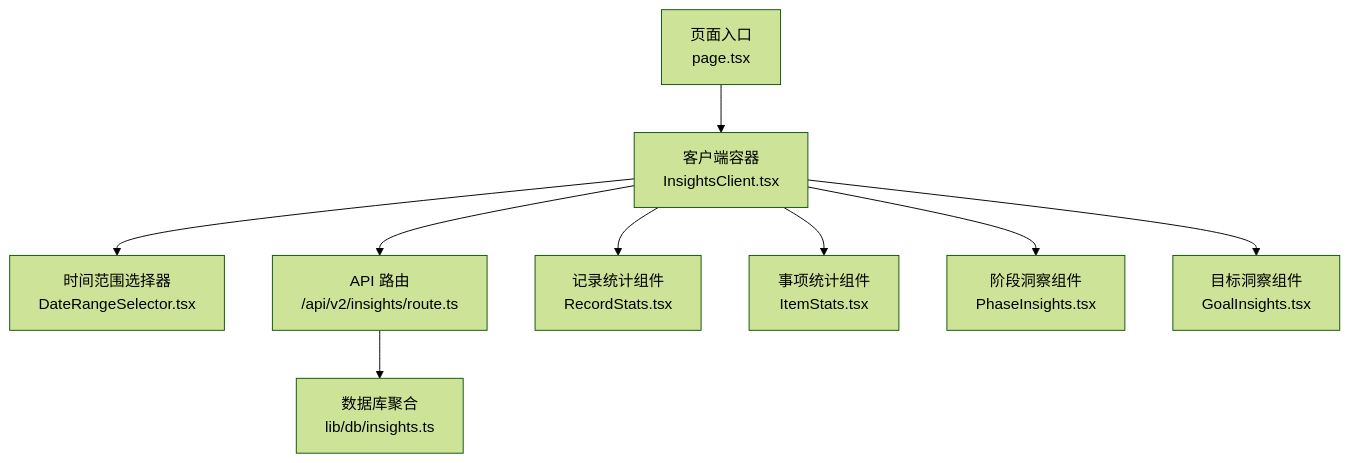
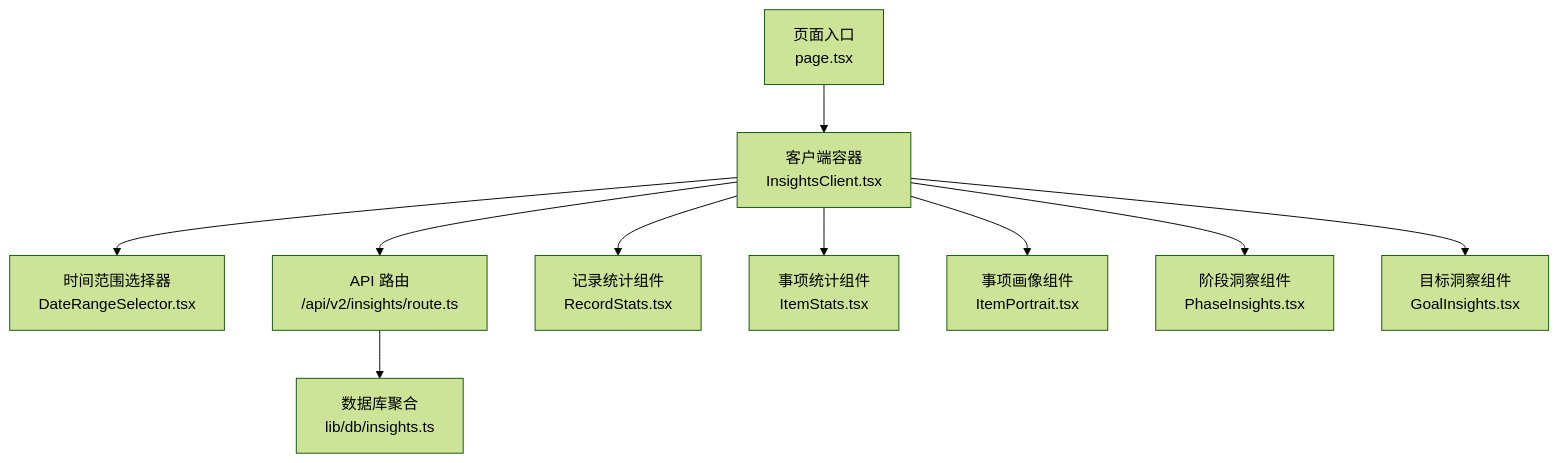
The first of 11 diagrams in .qoder/repowiki/zh/content/核心功能模块/洞察分析系统/洞察分析系统.md (bbong1234/TETO), drawn with Mermaid (forest theme) before and after one commit. The commit also changed other lines of this file and 134 other files, not shown here.

````diff
--- a/.qoder/repowiki/zh/content/核心功能模块/洞察分析系统/洞察分析系统.md
+++ b/.qoder/repowiki/zh/content/核心功能模块/洞察分析系统/洞察分析系统.md
@@ -42,11 +50,12 @@
 ```mermaid
 graph TB
 Page["页面入口<br/>page.tsx"] --> Client["客户端容器<br/>InsightsClient.tsx"]
 Client --> Selector["时间范围选择器<br/>DateRangeSelector.tsx"]
 Client --> API["API 路由<br/>/api/v2/insights/route.ts"]
 API --> DB["数据库聚合<br/>lib/db/insights.ts"]
 Client --> Stats["记录统计组件<br/>RecordStats.tsx"]
 Client --> Item["事项统计组件<br/>ItemStats.tsx"]
+Client --> Portrait["事项画像组件<br/>ItemPortrait.tsx"]
 Client --> Phase["阶段洞察组件<br/>PhaseInsights.tsx"]
 Client --> Goal["目标洞察组件<br/>GoalInsights.tsx"]
 ```
````
